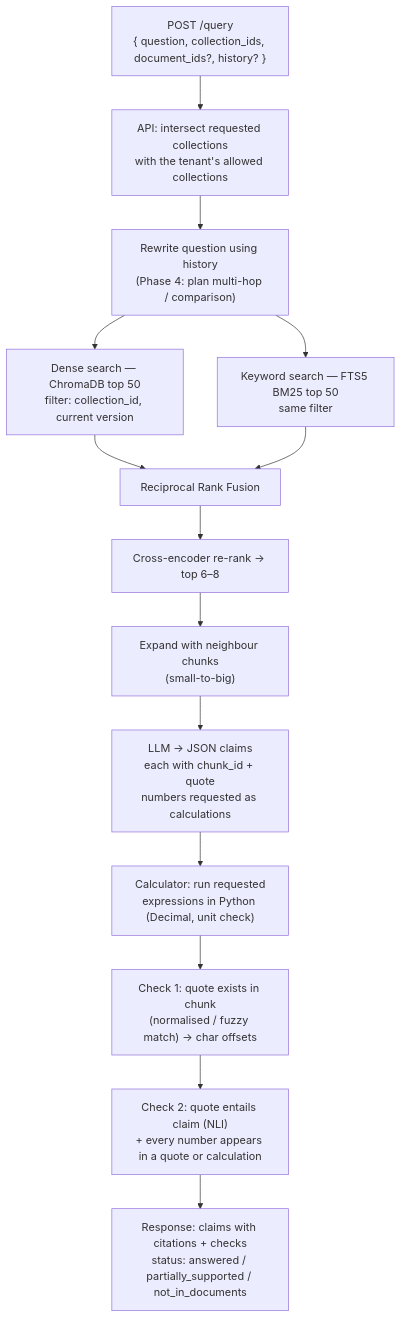
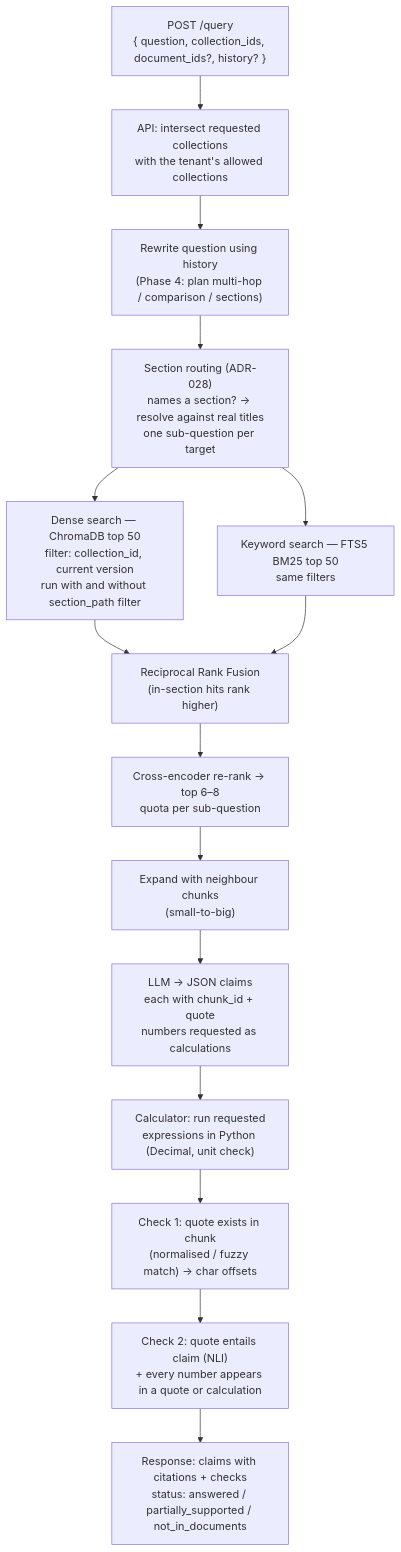
One commit to MKD2004/CADIS changed the fifth of 7 diagrams in ARCHITECTURE_V2.md. Above: the diagram before and after it, drawn with Mermaid. The commit also changed other lines of this file and 4 other files, not shown here.

First line of the commit message:
docs: add section tree as a soft retrieval filter (ADR-028)

````diff
--- a/ARCHITECTURE_V2.md
+++ b/ARCHITECTURE_V2.md
@@ -316,16 +329,17 @@
 ```mermaid
 flowchart TB
     Q["POST /query<br/>{ question, collection_ids, document_ids?, history? }"] --> AUTH["API: intersect requested collections<br/>with the tenant's allowed collections"]
-    AUTH --> RW["Rewrite question using history<br/>(Phase 4: plan multi-hop / comparison)"]
-    RW --> D["Dense search — ChromaDB top 50<br/>filter: collection_id, current version"]
-    RW --> K["Keyword search — FTS5 BM25 top 50<br/>same filter"]
-    D --> F[Reciprocal Rank Fusion]
+    AUTH --> RW["Rewrite question using history<br/>(Phase 4: plan multi-hop / comparison / sections)"]
+    RW --> SR["Section routing (ADR-028)<br/>names a section? → resolve against real titles<br/>one sub-question per target"]
+    SR --> D["Dense search — ChromaDB top 50<br/>filter: collection_id, current version<br/>run with and without section_path filter"]
+    SR --> K["Keyword search — FTS5 BM25 top 50<br/>same filters"]
+    D --> F["Reciprocal Rank Fusion<br/>(in-section hits rank higher)"]
     K --> F
-    F --> CE["Cross-encoder re-rank → top 6–8"]
+    F --> CE["Cross-encoder re-rank → top 6–8<br/>quota per sub-question"]
     CE --> EX["Expand with neighbour chunks<br/>(small-to-big)"]
     EX --> GEN["LLM → JSON claims<br/>each with chunk_id + quote<br/>numbers requested as calculations"]
     GEN --> CALC["Calculator: run requested<br/>expressions in Python (Decimal, unit check)"]
     CALC --> V1["Check 1: quote exists in chunk<br/>(normalised / fuzzy match) → char offsets"]
     V1 --> V2["Check 2: quote entails claim (NLI)<br/>+ every number appears in a quote or calculation"]
     V2 --> OUT["Response: claims with citations + checks<br/>status: answered / partially_supported / not_in_documents"]
 ```
````
